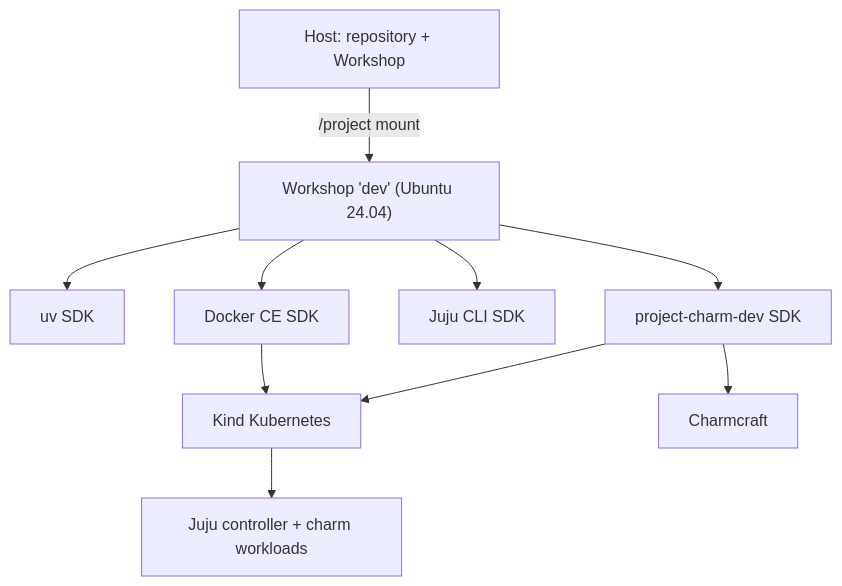
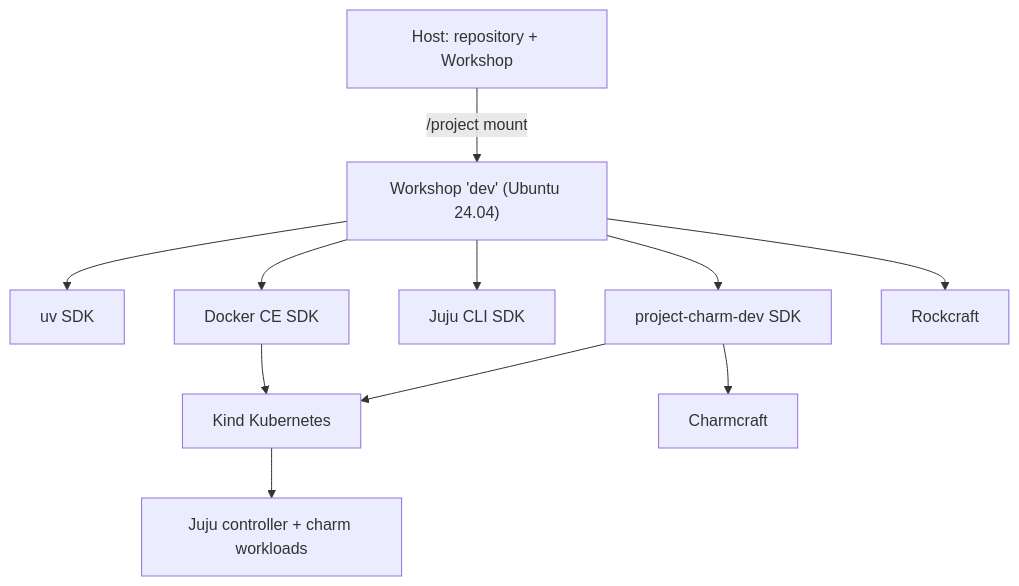
One commit to canonical/verdaccio-k8s-operator changed the diagram in docs/tools/dev-environment.md. Above: the diagram before and after it, drawn with Mermaid. The commit also changed other lines of this file and 35 other files, not shown here.

````diff
--- a/docs/tools/dev-environment.md
+++ b/docs/tools/dev-environment.md
@@ -8,13 +9,14 @@
 ```mermaid
 graph TD
   H["Host: repository + Workshop"]
   H -->|/project mount| W["Workshop 'dev' (Ubuntu 24.04)"]
   W --> U["uv SDK"]
   W --> D["Docker CE SDK"]
   W --> J["Juju CLI SDK"]
   W --> C["project-charm-dev SDK"]
+  W --> R["Rockcraft"]
   C --> K["Kind Kubernetes"]
   C --> T["Charmcraft"]
   D --> K
   K --> P["Juju controller + charm workloads"]
 ```
````
